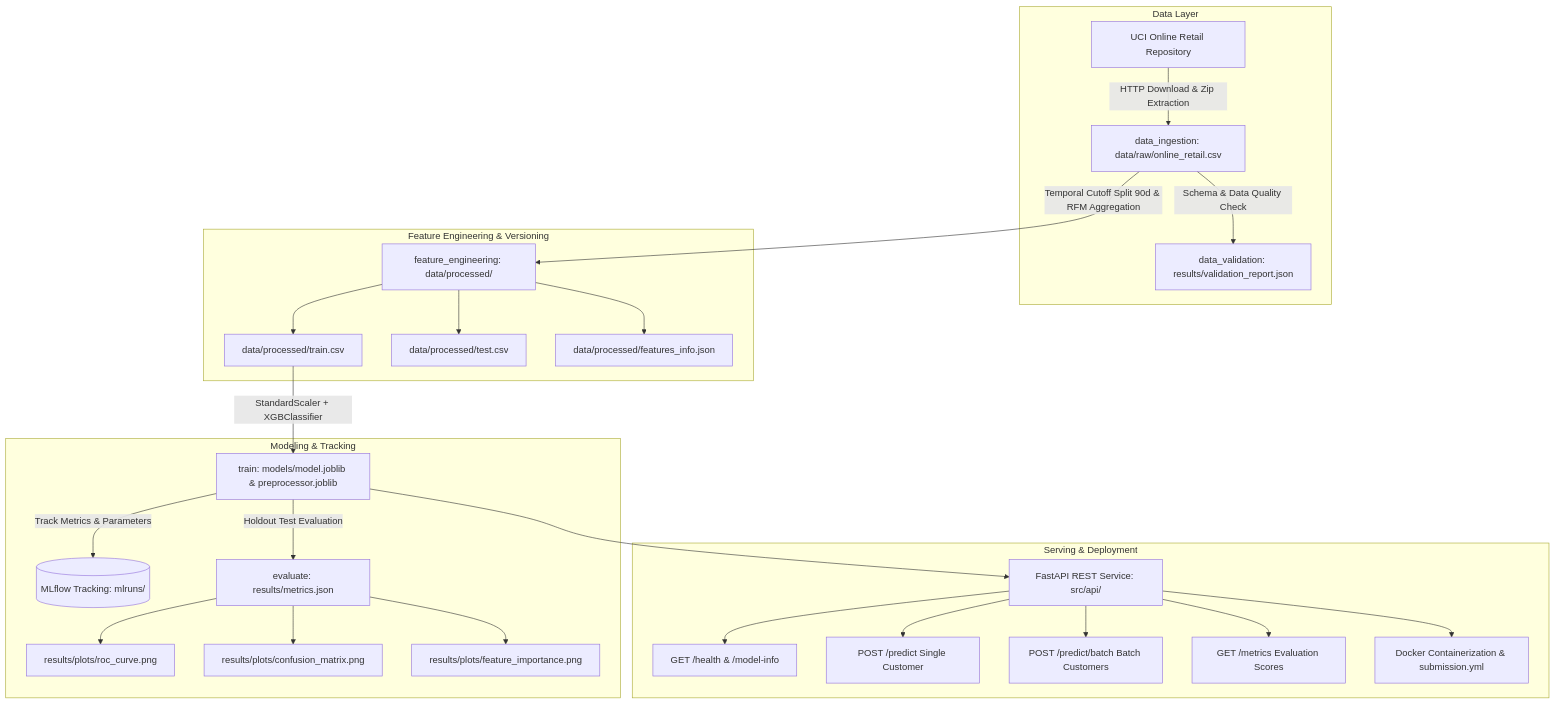
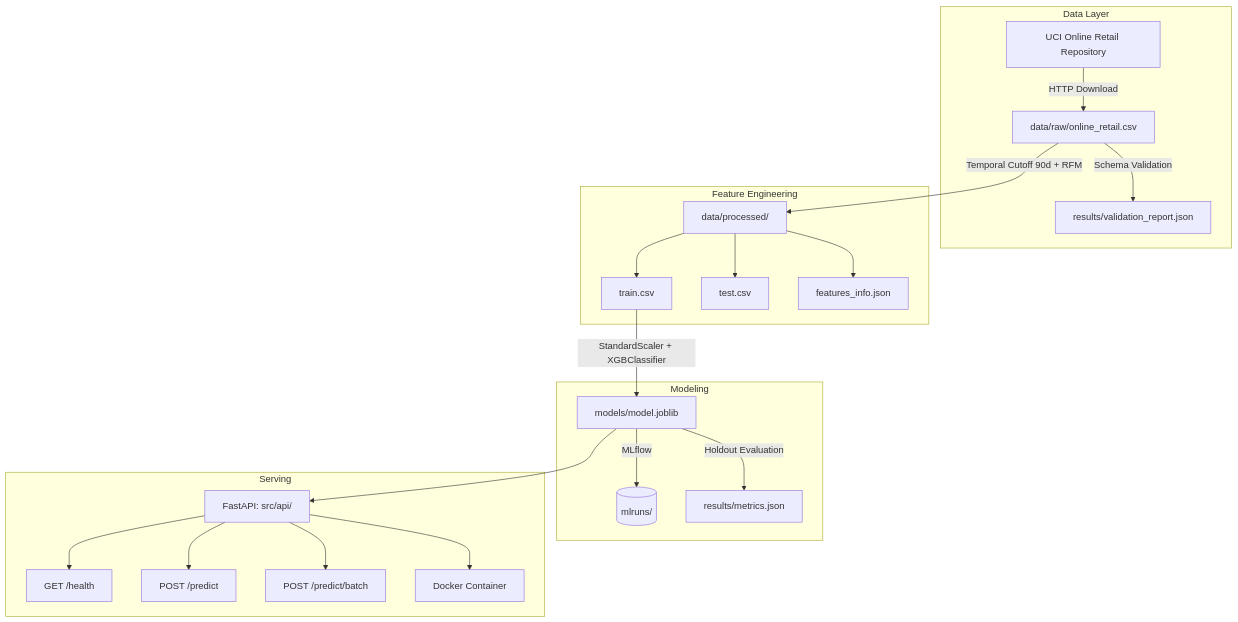
One commit to 23A91A4418/retail-churn-dvc-fastapi changed the diagram in README.md. Above: the diagram before and after it, drawn with Mermaid. The commit also changed other lines of this file, not shown here.

````diff
--- a/README.md
+++ b/README.md
@@ -27,32 +9,28 @@
 ```mermaid
 flowchart TD
     subgraph Data Layer
-        A[UCI Online Retail Repository] -->|HTTP Download & Zip Extraction| B[data_ingestion: data/raw/online_retail.csv]
-        B -->|Schema & Data Quality Check| C[data_validation: results/validation_report.json]
+        A[UCI Online Retail Repository] -->|HTTP Download| B[data/raw/online_retail.csv]
+        B -->|Schema Validation| C[results/validation_report.json]
     end
 
-    subgraph Feature Engineering & Versioning
-        B -->|Temporal Cutoff Split 90d & RFM Aggregation| D[feature_engineering: data/processed/]
-        D --> D1[data/processed/train.csv]
-        D --> D2[data/processed/test.csv]
-        D --> D3[data/processed/features_info.json]
+    subgraph Feature Engineering
+        B -->|Temporal Cutoff 90d + RFM| D[data/processed/]
+        D --> D1[train.csv]
+        D --> D2[test.csv]
+        D --> D3[features_info.json]
     end
 
-    subgraph Modeling & Tracking
-        D1 -->|StandardScaler + XGBClassifier| E[train: models/model.joblib & preprocessor.joblib]
-        E -->|Track Metrics & Parameters| F[(MLflow Tracking: mlruns/)]
-        E -->|Holdout Test Evaluation| G[evaluate: results/metrics.json]
-        G --> H1[results/plots/roc_curve.png]
-        G --> H2[results/plots/confusion_matrix.png]
-        G --> H3[results/plots/feature_importance.png]
+    subgraph Modeling
+        D1 -->|StandardScaler + XGBClassifier| E[models/model.joblib]
+        E -->|MLflow| F[(mlruns/)]
+        E -->|Holdout Evaluation| G[results/metrics.json]
     end
 
-    subgraph Serving & Deployment
-        E --> I[FastAPI REST Service: src/api/]
-        I --> J1[GET /health & /model-info]
-        I --> J2[POST /predict Single Customer]
-        I --> J3[POST /predict/batch Batch Customers]
-        I --> J4[GET /metrics Evaluation Scores]
-        I --> K[Docker Containerization & submission.yml]
+    subgraph Serving
+        E --> I[FastAPI: src/api/]
+        I --> J1[GET /health]
+        I --> J2[POST /predict]
+        I --> J3[POST /predict/batch]
+        I --> K[Docker Container]
     end
 ```
````
